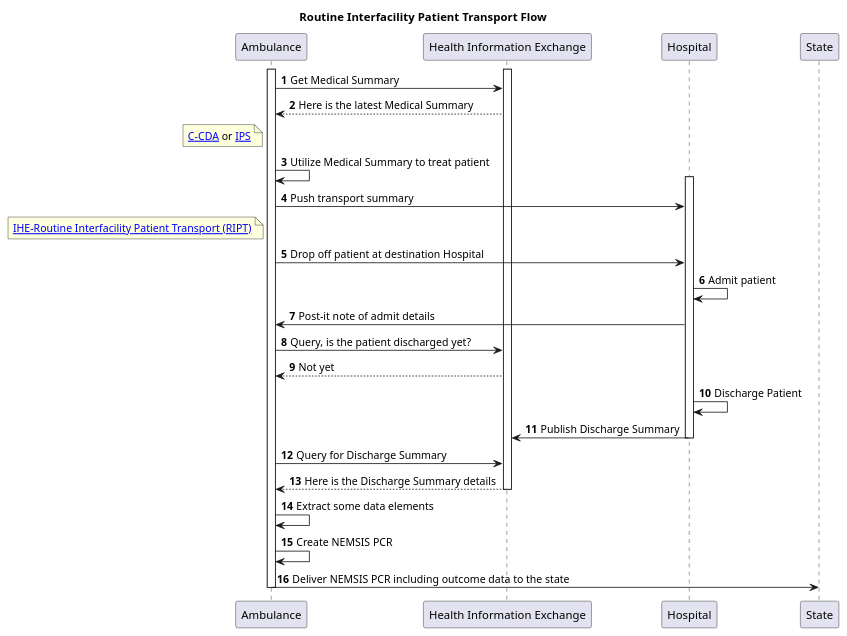
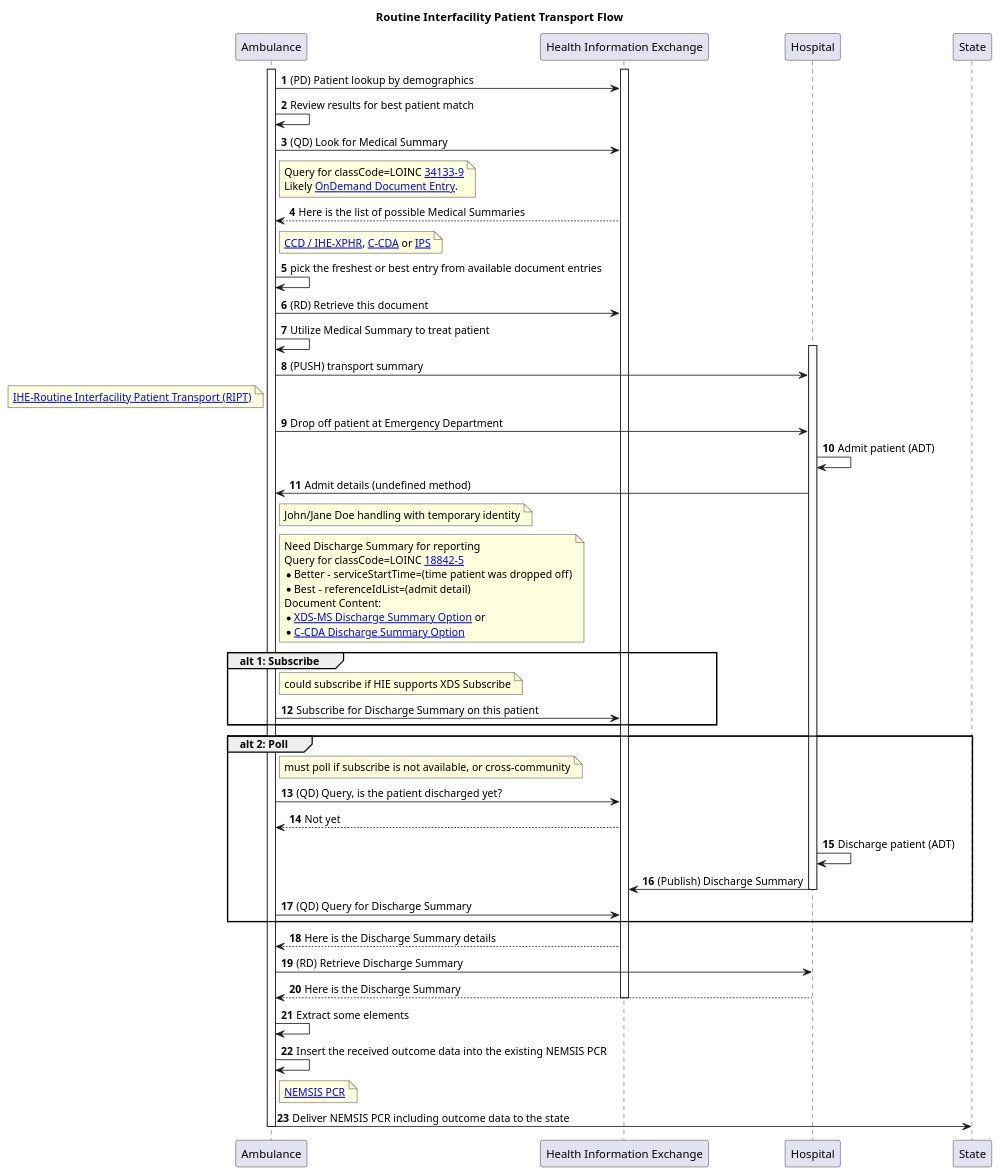
Before and after one commit to IHE/EMS-Overall: the diagram in input/images-source/usecase2-processflow.plantuml, drawn with PlantUML.

Commit message:
copied usecase 1 to 2 and changed to RIPT

```diff
--- a/input/images-source/usecase2-processflow.plantuml
+++ b/input/images-source/usecase2-processflow.plantuml
@@ -1,41 +1,61 @@
 @startuml
+skinparam svgDimensionStyle false
 title Routine Interfacility Patient Transport Flow
 participant "Ambulance" as Ambulance
 participant "Health Information Exchange" as HIE [[https://profiles.ihe.net/ITI/HIE-Whitepaper/index.html HIE-Whitepaper]]
 autonumber
 activate Ambulance
 activate HIE
-Ambulance -> HIE: Get Medical Summary
-Ambulance <-- HIE: Here is the latest Medical Summary
-Note left of Ambulance: [[https://www.hl7.org/ccdasearch/ C-CDA]] or [[https://hl7.org/fhir/uv/ips/ IPS]]
+Ambulance -> HIE: (PD) Patient lookup by demographics
+Ambulance -> Ambulance: Review results for best patient match
 
+Ambulance -> HIE: (QD) Look for Medical Summary
+Note right of Ambulance: Query for classCode=LOINC [[https://loinc.org/34133-9/ 34133-9]]\nLikely [[https://profiles.ihe.net/ITI/HIE-Whitepaper/index.html#212-dynamic-documents OnDemand Document Entry]].
+Ambulance <-- HIE: Here is the list of possible Medical Summaries
+Note right of Ambulance: [[https://www.ihe.net/uploadedFiles/Documents/PCC/IHE_PCC_TF_Vol1.pdf#nameddest=4_Exchange_of_Personal_Health_R CCD / IHE-XPHR]], [[https://www.hl7.org/ccdasearch/ C-CDA]] or [[https://hl7.org/fhir/uv/ips/ IPS]]
+Ambulance -> Ambulance: pick the freshest or best entry from available document entries
+
+Ambulance -> HIE: (RD) Retrieve this document
 Ambulance -> Ambulance: Utilize Medical Summary to treat patient
 
 activate Hospital
-Ambulance -> Hospital: Push transport summary 
+Ambulance -> Hospital: (PUSH) transport summary 
 Note left of Ambulance: [[https://www.ihe.net/uploadedFiles/Documents/PCC/IHE_PCC_Suppl_RIPT.pdf IHE-Routine Interfacility Patient Transport (RIPT)]]
 
-Ambulance -> Hospital: Drop off patient at destination Hospital
+Ambulance -> Hospital: Drop off patient at Emergency Department
 
-Hospital-> Hospital: Admit patient
+Hospital-> Hospital: Admit patient (ADT)
 
-Hospital -> Ambulance: Post-it note of admit details
+Hospital -> Ambulance: Admit details (undefined method)
+Note right of Ambulance: John/Jane Doe handling with temporary identity
 
-Ambulance -> HIE: Query, is the patient discharged yet? 
-Ambulance <-- HIE: Not yet
+Note right of Ambulance: Need Discharge Summary for reporting\nQuery for classCode=LOINC [[https://loinc.org/18842-5/ 18842-5]]\n* Better - serviceStartTime=(time patient was dropped off)\n* Best - referenceIdList=(admit detail)\nDocument Content:\n* [[https://www.ihe.net/uploadedFiles/Documents/PCC/IHE_PCC_TF_Vol1.pdf#nameddest=3_4_2_2_Discharge_Summary_Optio XDS-MS Discharge Summary Option]] or \n* [[https://www.hl7.org/ccdasearch/templates/2.16.840.1.113883.10.20.22.1.8.html C-CDA Discharge Summary Option]]
+group alt 1: Subscribe
+    Note right of Ambulance: could subscribe if HIE supports XDS Subscribe
+    Ambulance -> HIE: Subscribe for Discharge Summary on this patient 
+end group
+group alt 2: Poll
+    Note right of Ambulance: must poll if subscribe is not available, or cross-community
+    Ambulance -> HIE: (QD) Query, is the patient discharged yet? 
+    Ambulance <-- HIE: Not yet
 
-Hospital -> Hospital: Discharge Patient
-Hospital -> HIE: Publish Discharge Summary
-deactivate Hospital
+    Hospital -> Hospital: Discharge patient (ADT)
+    Hospital -> HIE: (Publish) Discharge Summary
+    deactivate Hospital
 
-Ambulance -> HIE: Query for Discharge Summary
+    Ambulance -> HIE: (QD) Query for Discharge Summary
+end group
 Ambulance <-- HIE: Here is the Discharge Summary details
+Ambulance -> Hospital: (RD) Retrieve Discharge Summary
+Ambulance <-- Hospital: Here is the Discharge Summary
 deactivate HIE
 
-Ambulance -> Ambulance: Extract some data elements
-Ambulance -> Ambulance: Create NEMSIS PCR
+
+Ambulance -> Ambulance: Extract some elements
+Ambulance -> Ambulance: Insert the received outcome data into the existing NEMSIS PCR
+Note right of Ambulance: [[https://nemsis.org/technical-resources NEMSIS PCR]]
 Ambulance -> State: Deliver NEMSIS PCR including outcome data to the state
 
 deactivate Ambulance
 
 @enduml
```
